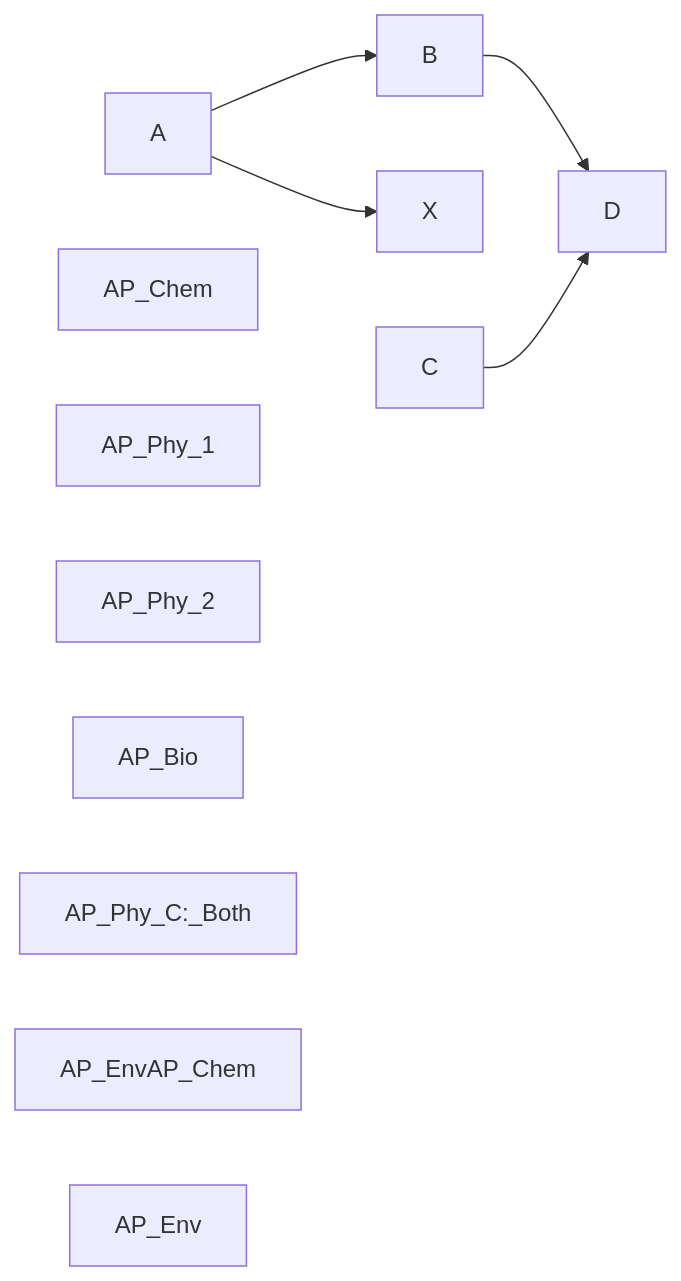
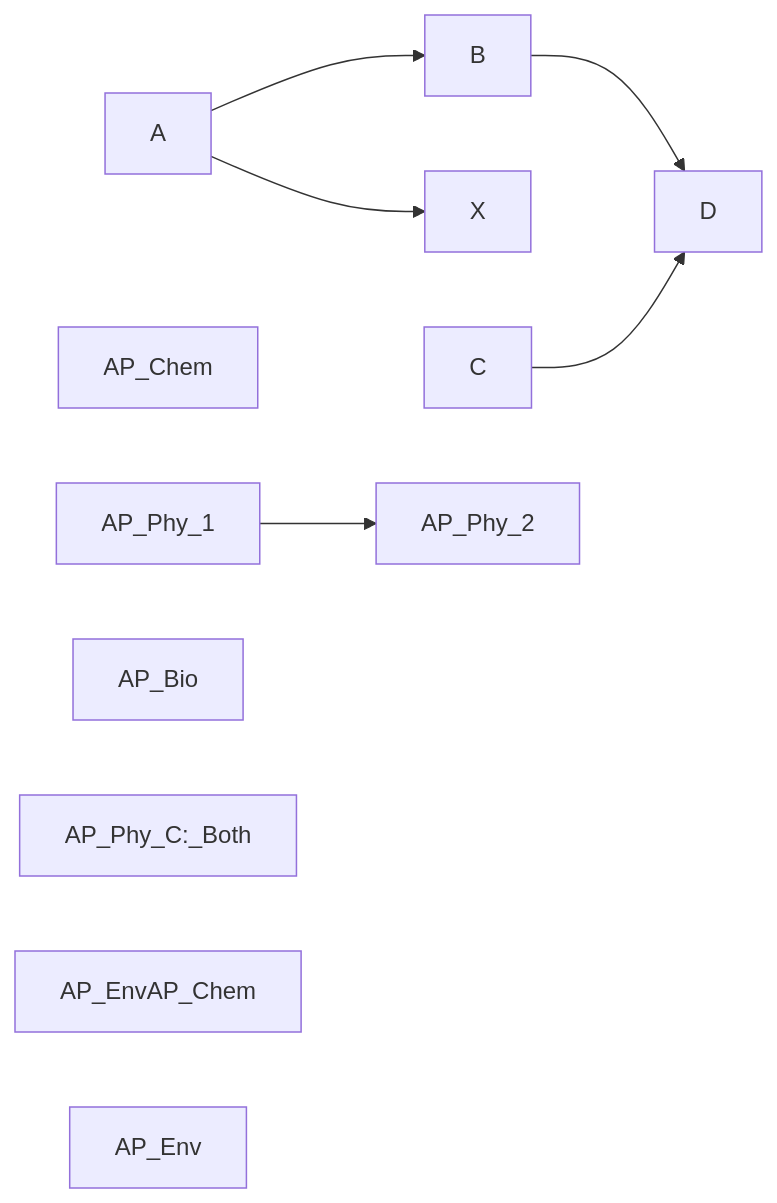
The diagram in classes.mmd (CodeFestus/shs-grw), drawn with Mermaid before and after one commit. The commit also changed 1 other file, not shown here.

```diff
--- a/classes.mmd
+++ b/classes.mmd
@@ -1,16 +1,15 @@
 graph LR;
     A-->B;
     A-->X;
     B-->D;
     C-->D;
     AP_Chem
-AP_Phy_1
-AP_Phy_2
+AP_Phy_1-->AP_Phy_2
 AP_Bio
 AP_Phy_C:_Both
 AP_EnvAP_Chem
 AP_Phy_1
 AP_Phy_2
 AP_Bio
 AP_Phy_C:_Both
 AP_Env
```
